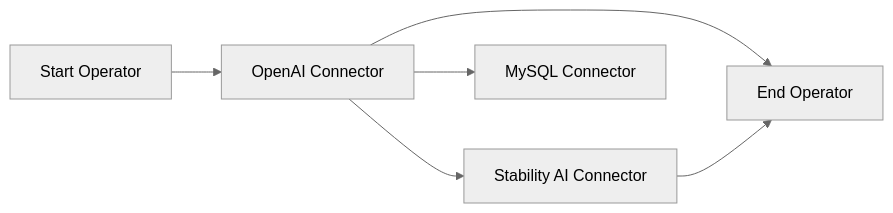
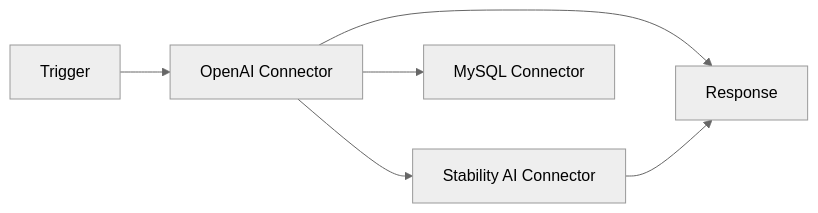
The first of 3 diagrams in .github/CONTRIBUTING.md (instill-ai/component), drawn with Mermaid (neutral theme) before and after one commit. The commit also changed other lines of this file, not shown here.

````diff
--- a/.github/CONTRIBUTING.md
+++ b/.github/CONTRIBUTING.md
@@ -21,8 +26,8 @@
 ```mermaid
 flowchart LR
-    s[Start Operator] --> c1[OpenAI Connector]
+    s[Trigger] --> c1[OpenAI Connector]
     c1 --> c2[Stability AI Connector]
     c1 --> c3[MySQL Connector]
-    c1 --> e[End Operator]
-    c2 --> e[End Operator]
+    c1 --> e[Response]
+    c2 --> e
 ```
````
